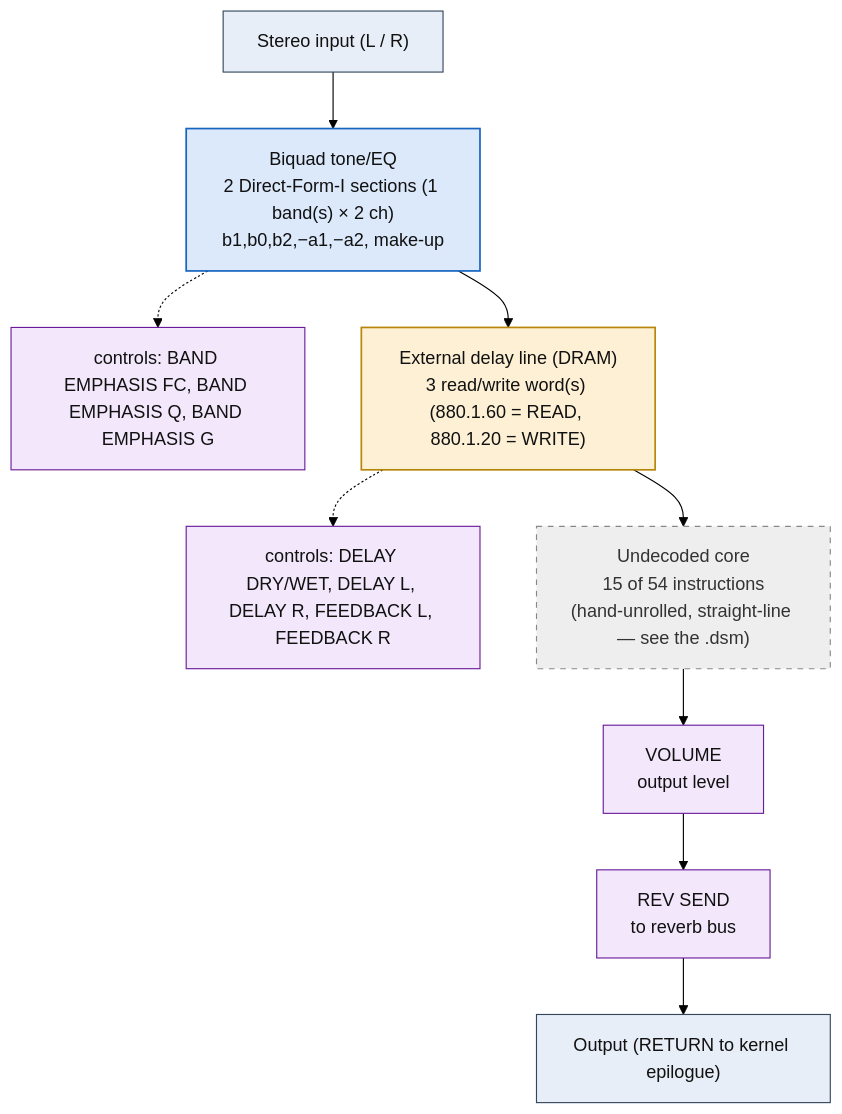
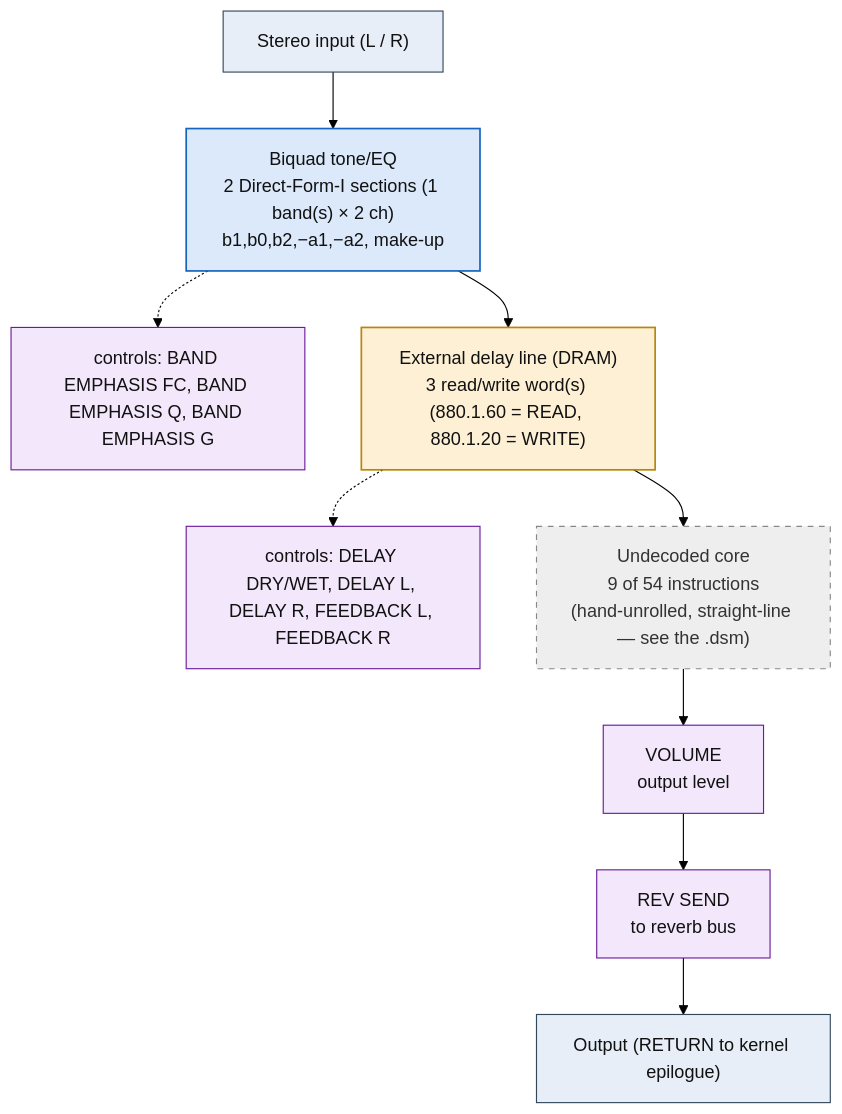
Before and after one commit to ArqueologiaDigital/kn5000-roms-disasm: the diagram in dsp/flowcharts/prog72_peq_s_delay.md, drawn with Mermaid (forest theme). The commit also changed other lines of this file and 78 other files, not shown here.

````diff
--- a/dsp/flowcharts/prog72_peq_s_delay.md
+++ b/dsp/flowcharts/prog72_peq_s_delay.md
@@ -12,32 +12,32 @@
 ```mermaid
 flowchart TD
     N0["Stereo input (L / R)"]
     N1["Biquad tone/EQ<br/>2 Direct-Form-I sections (1 band(s) &times; 2 ch)<br/>b1,b0,b2,&minus;a1,&minus;a2, make-up"]
     N0 --> N1
     N2["controls: BAND EMPHASIS FC, BAND EMPHASIS Q, BAND EMPHASIS G"]
     N1 -.-> N2
     N3["External delay line (DRAM)<br/>3 read/write word(s) (880.1.60 = READ, 880.1.20 = WRITE)"]
     N1 --> N3
     N4["controls: DELAY DRY/WET, DELAY L, DELAY R, FEEDBACK L, FEEDBACK R"]
     N3 -.-> N4
-    N5["Undecoded core<br/>15 of 54 instructions<br/>(hand-unrolled, straight-line &mdash; see the .dsm)"]
+    N5["Undecoded core<br/>9 of 54 instructions<br/>(hand-unrolled, straight-line &mdash; see the .dsm)"]
     N3 --> N5
     N6["VOLUME<br/>output level"]
     N5 --> N6
     N7["REV SEND<br/>to reverb bus"]
     N6 --> N7
     N8["Output (RETURN to kernel epilogue)"]
     N7 --> N8
 
     classDef io fill:#e8eef7,stroke:#33475b,stroke-width:1px,color:#111;
     classDef proven fill:#d7f0d7,stroke:#2e7d32,stroke-width:2px,color:#111;
     classDef measured fill:#dbe9fb,stroke:#1565c0,stroke-width:1.5px,color:#111;
     classDef inferred fill:#fdf0d5,stroke:#b8860b,stroke-width:1.5px,color:#111;
     classDef open fill:#eeeeee,stroke:#888,stroke-width:1px,color:#333,stroke-dasharray:5 5;
     classDef ctrl fill:#f3e8fb,stroke:#6a1b9a,stroke-width:1px,color:#111;
     class N0,N8 io;
     class N1 measured;
     class N2,N4,N6,N7 ctrl;
     class N3 inferred;
     class N5 open;
 ```
````
